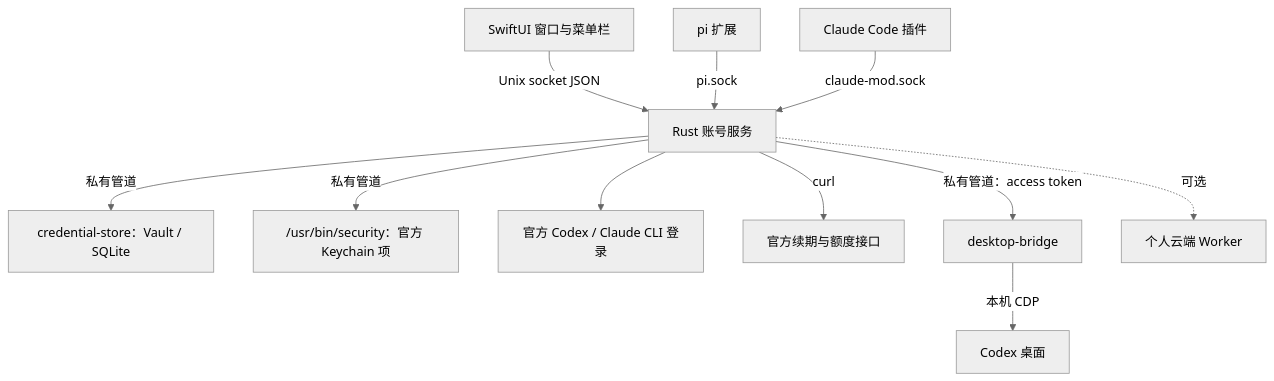
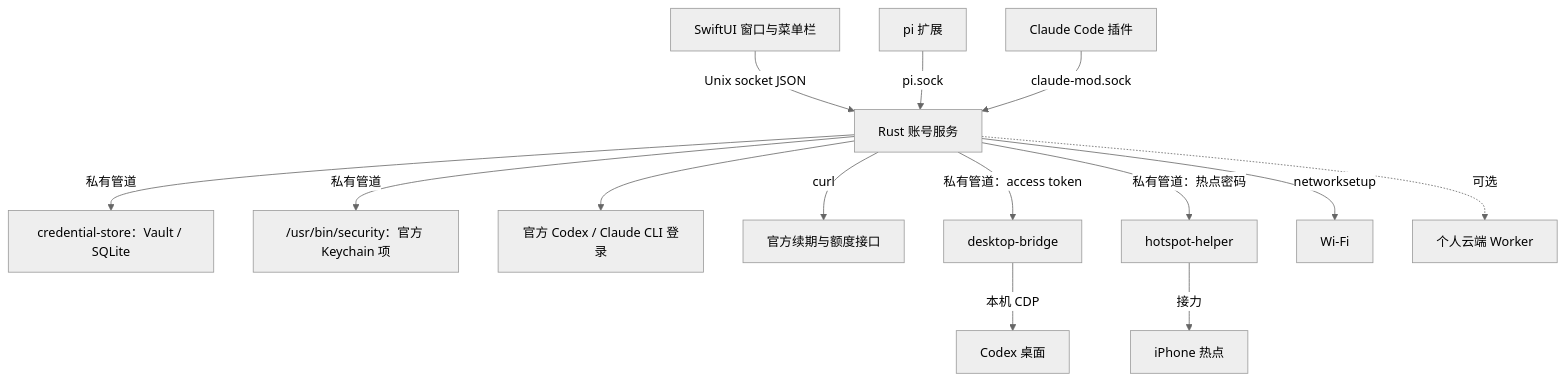
Before and after one commit to WUXM5/AuthBaton: the diagram in README.zh-CN.md, drawn with Mermaid (neutral theme). The commit also changed other lines of this file and 23 other files, not shown here.

````diff
--- a/README.zh-CN.md
+++ b/README.zh-CN.md
@@ -54,13 +56,16 @@
 ```mermaid
 flowchart TD
     UI[SwiftUI 窗口与菜单栏] -->|Unix socket JSON| S[Rust 账号服务]
     S -->|私有管道| H[credential-store：Vault / SQLite]
     S -->|私有管道| K["/usr/bin/security：官方 Keychain 项"]
     S --> L[官方 Codex / Claude CLI 登录]
     S -->|curl| API[官方续期与额度接口]
     S -->|私有管道：access token| B[desktop-bridge]
     B -->|本机 CDP| D[Codex 桌面]
     P[pi 扩展] -->|pi.sock| S
     M[Claude Code 插件] -->|claude-mod.sock| S
+    S -->|"私有管道：热点密码"| HS[hotspot-helper]
+    HS -->|接力| PH[iPhone 热点]
+    S -->|networksetup| WIFI[Wi-Fi]
     S -.->|可选| W[个人云端 Worker]
 ```
````
